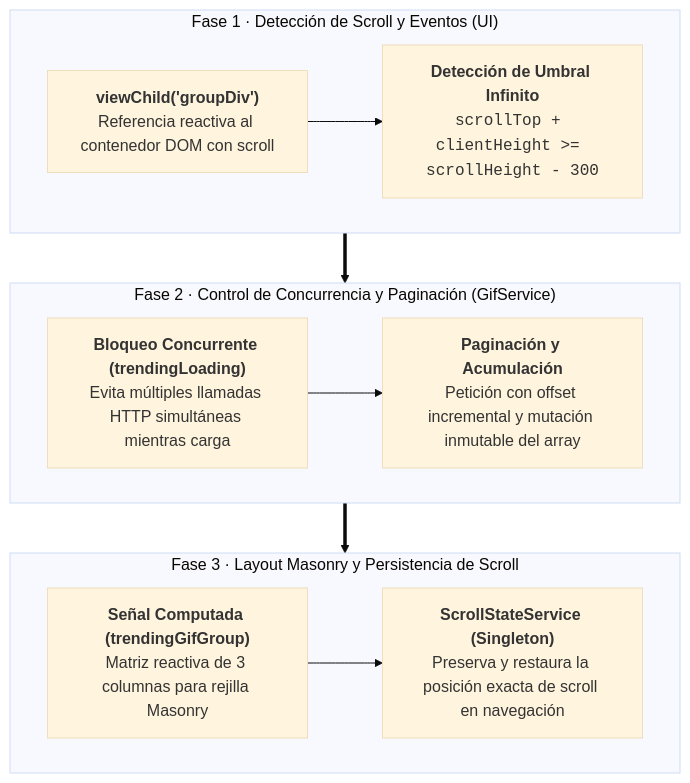
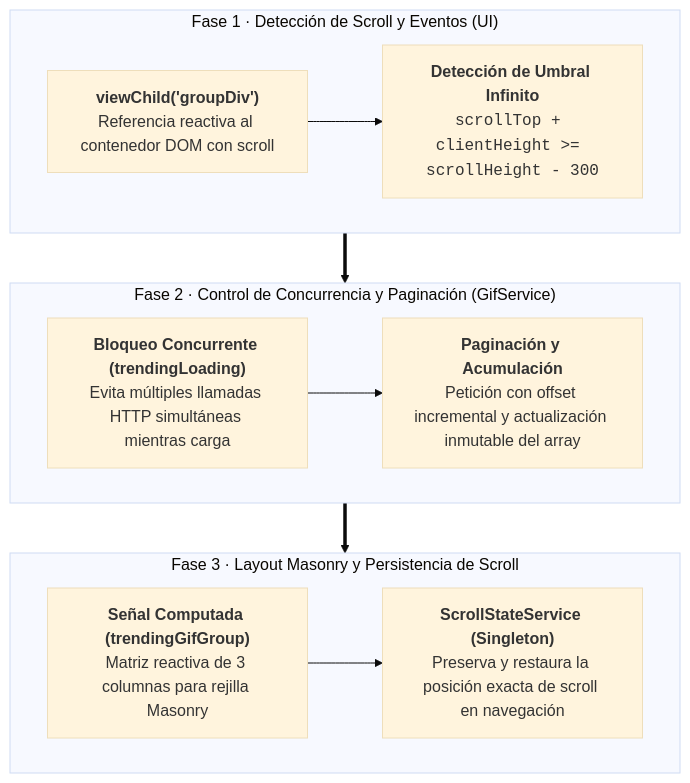
Before and after one commit to Jose-Quesada/materiales_angular: the diagram in docs/08-gifs-intermedio-avanzado.md, drawn with Mermaid (base theme). The commit also changed 8 other files, not shown here.

````diff
--- a/docs/08-gifs-intermedio-avanzado.md
+++ b/docs/08-gifs-intermedio-avanzado.md
@@ -19,16 +19,16 @@
 ``` mermaid
 flowchart TD
     subgraph Deteccion ["Fase 1 · Detección de Scroll y Eventos (UI)"]
         DOM["<b>viewChild('groupDiv')</b><br/>Referencia reactiva al contenedor DOM con scroll"] --> Calc["<b>Detección de Umbral Infinito</b><br/><code>scrollTop + clientHeight >= scrollHeight - 300</code>"]
     end
 
     subgraph Orquestacion ["Fase 2 · Control de Concurrencia y Paginación (GifService)"]
-        Lock["<b>Bloqueo Concurrente (trendingLoading)</b><br/>Evita múltiples llamadas HTTP simultáneas mientras carga"] --> Fetch["<b>Paginación y Acumulación</b><br/>Petición con offset incremental y mutación inmutable del array"]
+        Lock["<b>Bloqueo Concurrente (trendingLoading)</b><br/>Evita múltiples llamadas HTTP simultáneas mientras carga"] --> Fetch["<b>Paginación y Acumulación</b><br/>Petición con offset incremental y actualización inmutable del array"]
     end
 
     subgraph Presentacion ["Fase 3 · Layout Masonry y Persistencia de Scroll"]
         Masonry["<b>Señal Computada (trendingGifGroup)</b><br/>Matriz reactiva de 3 columnas para rejilla Masonry"] --> ScrollState["<b>ScrollStateService (Singleton)</b><br/>Preserva y restaura la posición exacta de scroll en navegación"]
     end
 
     Deteccion ==> Orquestacion ==> Presentacion
 ```
````
